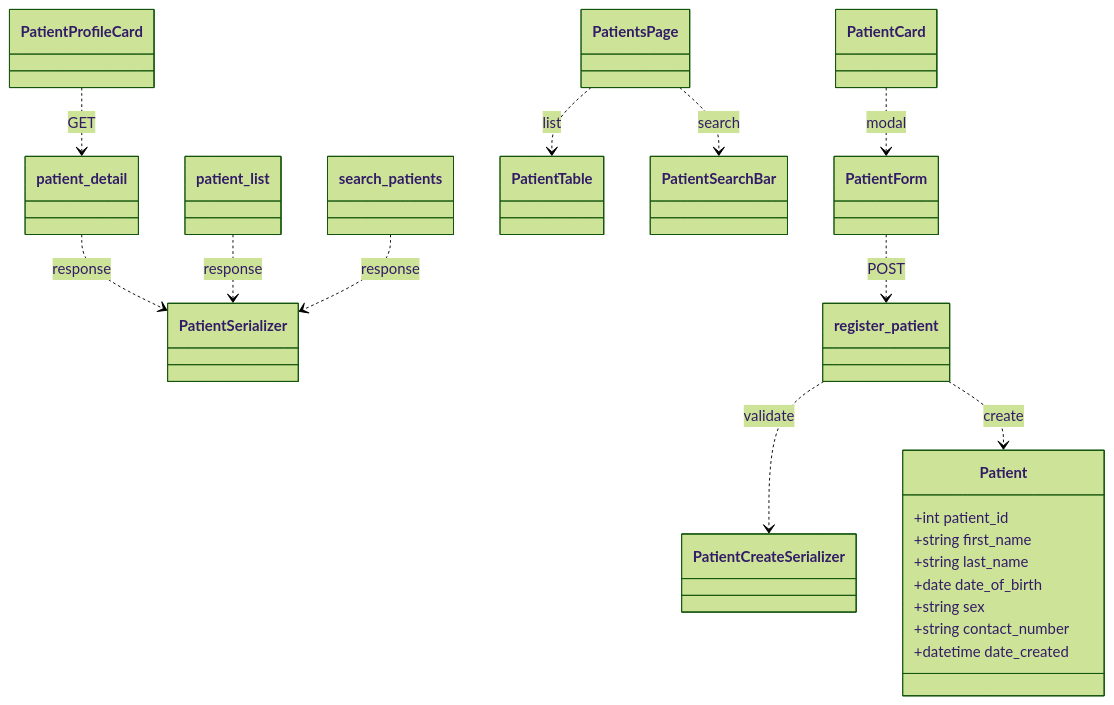
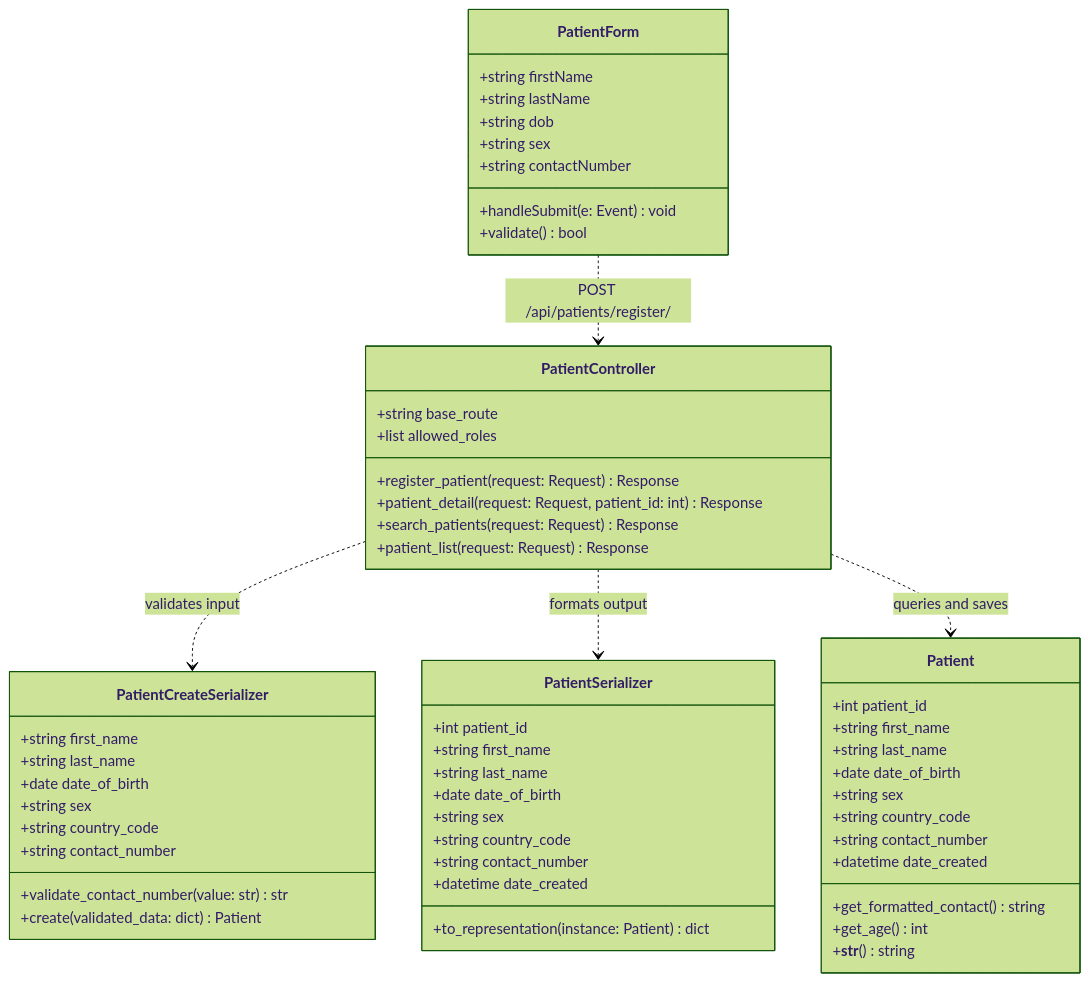
Before and after one commit to DymNomZ/TBXR: the diagram in documentation/class diagrams/1.3_Class Diagram.md, drawn with Mermaid (forest theme). The commit also changed 80 other files, not shown here.

````diff
--- a/documentation/class diagrams/1.3_Class Diagram.md
+++ b/documentation/class diagrams/1.3_Class Diagram.md
@@ -1,38 +1,63 @@
 ```mermaid
 classDiagram
     class Patient {
         +int patient_id
         +string first_name
         +string last_name
         +date date_of_birth
         +string sex
+        +string country_code
         +string contact_number
         +datetime date_created
+        +get_formatted_contact() string
+        +get_age() int
+        +__str__() string
     }
 
-    class PatientCreateSerializer
-    class PatientSerializer
-    class register_patient
-    class patient_list
-    class patient_detail
-    class search_patients
+    class PatientCreateSerializer {
+        +string first_name
+        +string last_name
+        +date date_of_birth
+        +string sex
+        +string country_code
+        +string contact_number
+        +validate_contact_number(value: str) str
+        +create(validated_data: dict) Patient
+    }
 
-    class PatientsPage
-    class PatientTable
-    class PatientSearchBar
-    class PatientCard
-    class PatientForm
-    class PatientProfileCard
+    class PatientSerializer {
+        +int patient_id
+        +string first_name
+        +string last_name
+        +date date_of_birth
+        +string sex
+        +string country_code
+        +string contact_number
+        +datetime date_created
+        +to_representation(instance: Patient) dict
+    }
 
-    PatientForm ..> register_patient : POST
-    PatientsPage ..> PatientTable : list
-    PatientsPage ..> PatientSearchBar : search
-    PatientCard ..> PatientForm : modal
-    PatientProfileCard ..> patient_detail : GET
+    class PatientController {
+        +string base_route
+        +list allowed_roles
+        +register_patient(request: Request) Response
+        +patient_detail(request: Request, patient_id: int) Response
+        +search_patients(request: Request) Response
+        +patient_list(request: Request) Response
+    }
 
-    register_patient ..> PatientCreateSerializer : validate
-    register_patient ..> Patient : create
-    patient_detail ..> PatientSerializer : response
-    patient_list ..> PatientSerializer : response
-    search_patients ..> PatientSerializer : response
+    class PatientForm {
+        +string firstName
+        +string lastName
+        +string dob
+        +string sex
+        +string contactNumber
+        +handleSubmit(e: Event) void
+        +validate() bool
+    }
+
+    PatientController ..> PatientCreateSerializer : validates input
+    PatientController ..> PatientSerializer : formats output
+    PatientController ..> Patient : queries and saves
+    PatientForm ..> PatientController : POST /api/patients/register/
 ```
````
